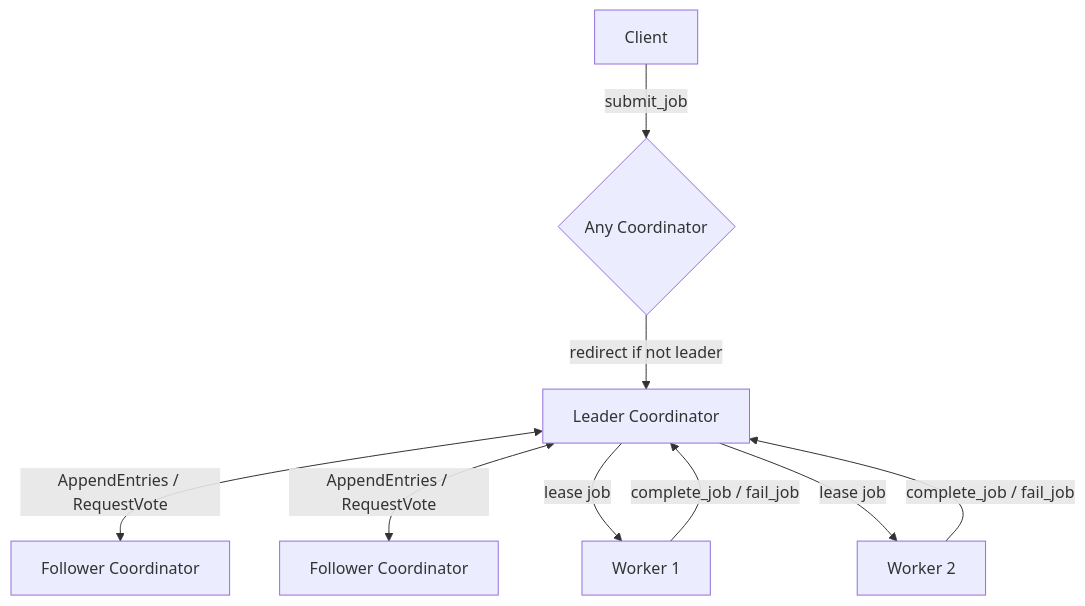
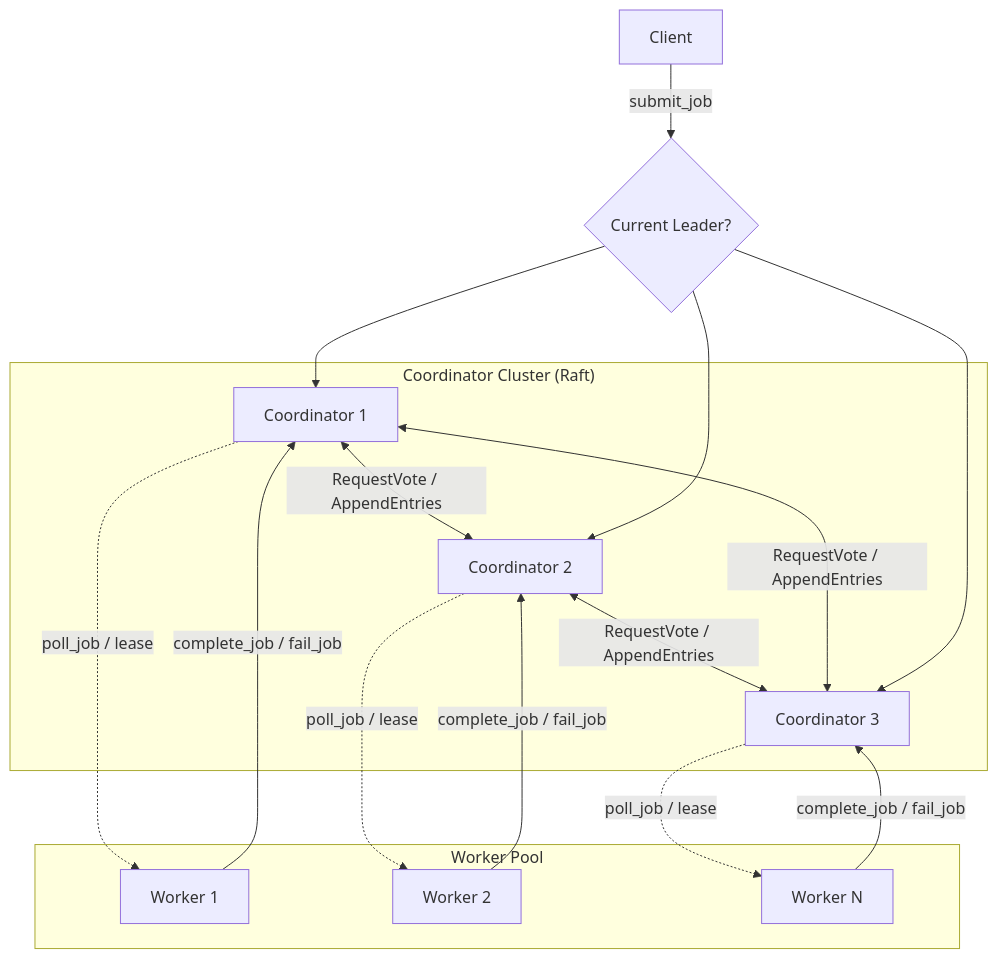
One commit to Jeremiah-Jefry/distributed-job-scheduler changed the first of 2 diagrams in README.md. Above: the diagram before and after it, drawn with Mermaid. The commit also changed other lines of this file, not shown here.

````diff
--- a/README.md
+++ b/README.md
@@ -24,11 +52,31 @@
 ```mermaid
-flowchart TB
-    Client[Client] -->|submit_job| LB{Any Coordinator}
-    LB -->|redirect if not leader| Leader[Leader Coordinator]
-    Leader <-->|AppendEntries / RequestVote| F1[Follower Coordinator]
-    Leader <-->|AppendEntries / RequestVote| F2[Follower Coordinator]
-    Leader -->|lease job| W1[Worker 1]
-    Leader -->|lease job| W2[Worker 2]
-    W1 -->|complete_job / fail_job| Leader
-    W2 -->|complete_job / fail_job| Leader
+graph TB
+    Client[Client] -->|submit_job| LB{Current Leader?}
+
+    subgraph "Coordinator Cluster (Raft)"
+        C1[Coordinator 1]
+        C2[Coordinator 2]
+        C3[Coordinator 3]
+        C1 <-->|RequestVote / AppendEntries| C2
+        C2 <-->|RequestVote / AppendEntries| C3
+        C1 <-->|RequestVote / AppendEntries| C3
+    end
+
+    LB --> C1
+    LB --> C2
+    LB --> C3
+
+    subgraph "Worker Pool"
+        W1[Worker 1]
+        W2[Worker 2]
+        W3[Worker N]
+    end
+
+    C1 -.poll_job / lease.-> W1
+    C2 -.poll_job / lease.-> W2
+    C3 -.poll_job / lease.-> W3
+
+    W1 -->|complete_job / fail_job| C1
+    W2 -->|complete_job / fail_job| C2
+    W3 -->|complete_job / fail_job| C3
 ```
````
